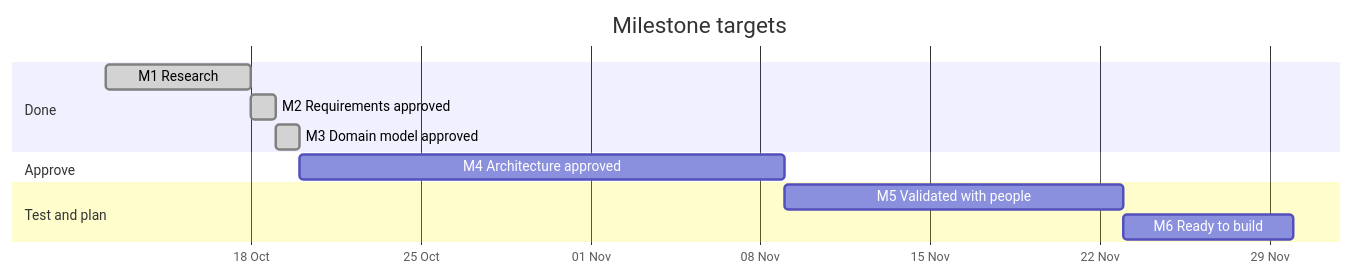
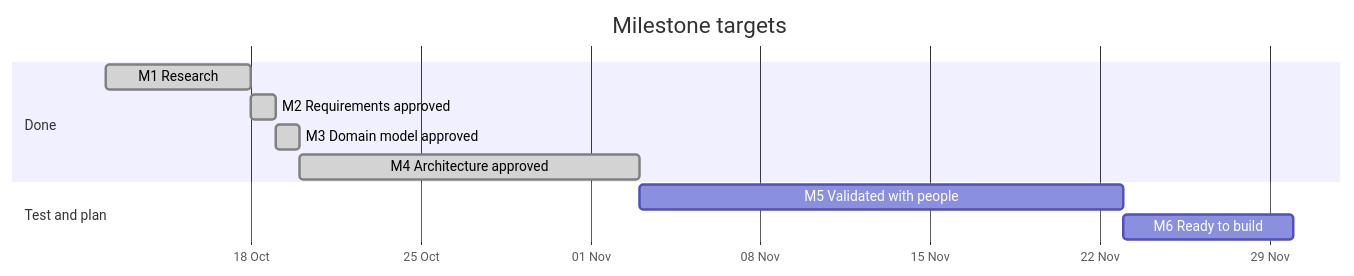
One commit to ProjectCartograph/cartograph-design changed the second of 2 diagrams in docs/reference/design-process.md. Above: the diagram before and after it, drawn with Mermaid. The commit also changed other lines of this file and 3 other files, not shown here.

First line of the commit message:
docs(architecture): accept the component verdicts

````diff
--- a/docs/reference/design-process.md
+++ b/docs/reference/design-process.md
@@ -30,15 +30,14 @@
 ```mermaid
 gantt
   title Milestone targets
   dateFormat YYYY-MM-DD
   axisFormat %d %b
   section Done
   M1 Research :done, m1, 2026-10-12, 2026-10-18
   M2 Requirements approved :done, m2, 2026-10-18, 2026-10-19
   M3 Domain model approved :done, m3, 2026-10-19, 2026-10-20
-  section Approve
-  M4 Architecture approved :m4, 2026-10-20, 2026-11-09
+  M4 Architecture approved :done, m4, 2026-10-20, 2026-11-03
   section Test and plan
   M5 Validated with people :m5, after m4, 2026-11-23
   M6 Ready to build :m6, after m5, 2026-11-30
 ```
````
